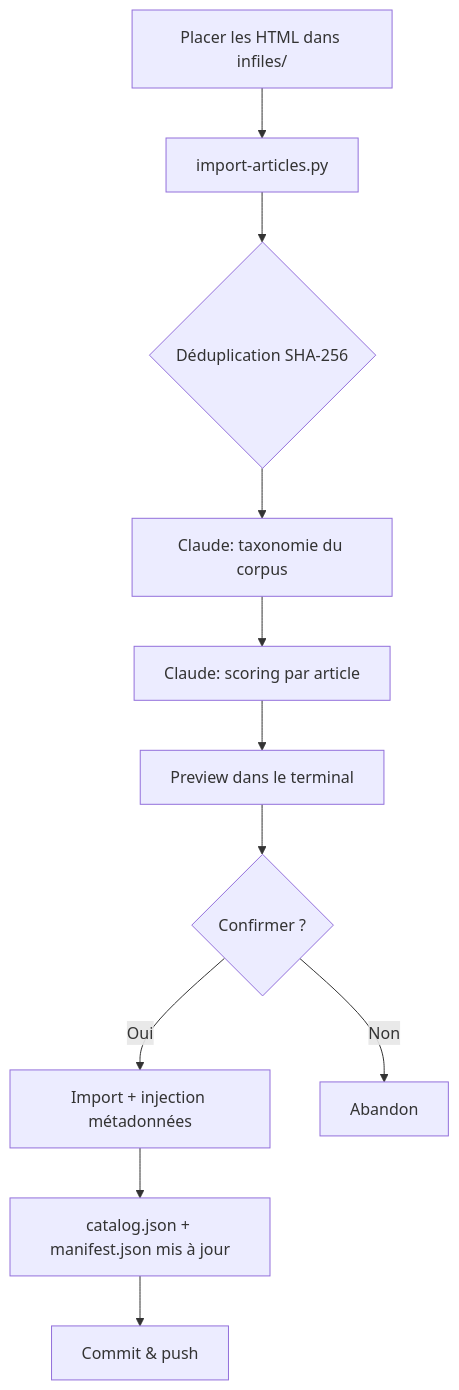
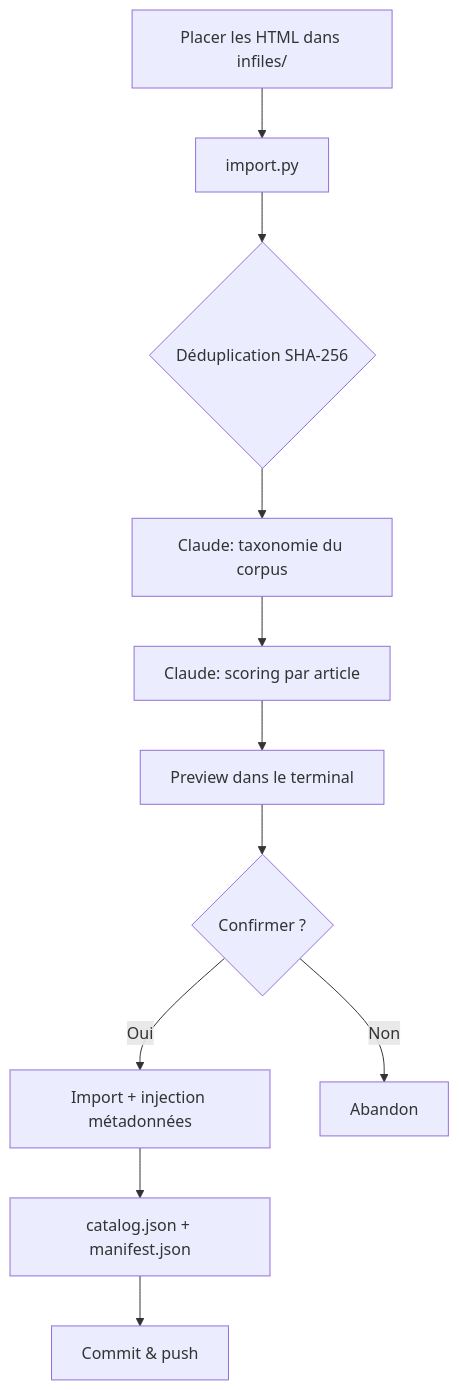
One commit to Sandjab/Curax changed the second of 5 diagrams in README.md. Above: the diagram before and after it, drawn with Mermaid. The commit also changed other lines of this file and 9 other files, not shown here.

````diff
--- a/README.md
+++ b/README.md
@@ -41,13 +58,13 @@
 ```mermaid
 flowchart TD
-    A[Placer les HTML dans infiles/] --> B[import-articles.py]
+    A[Placer les HTML dans infiles/] --> B[import.py]
     B --> C{Déduplication SHA-256}
     C --> D[Claude: taxonomie du corpus]
     D --> E[Claude: scoring par article]
     E --> F[Preview dans le terminal]
     F --> G{Confirmer ?}
     G -->|Oui| H[Import + injection métadonnées]
-    H --> I[catalog.json + manifest.json mis à jour]
+    H --> I[catalog.json + manifest.json]
     I --> J[Commit & push]
     G -->|Non| K[Abandon]
 ```
````
